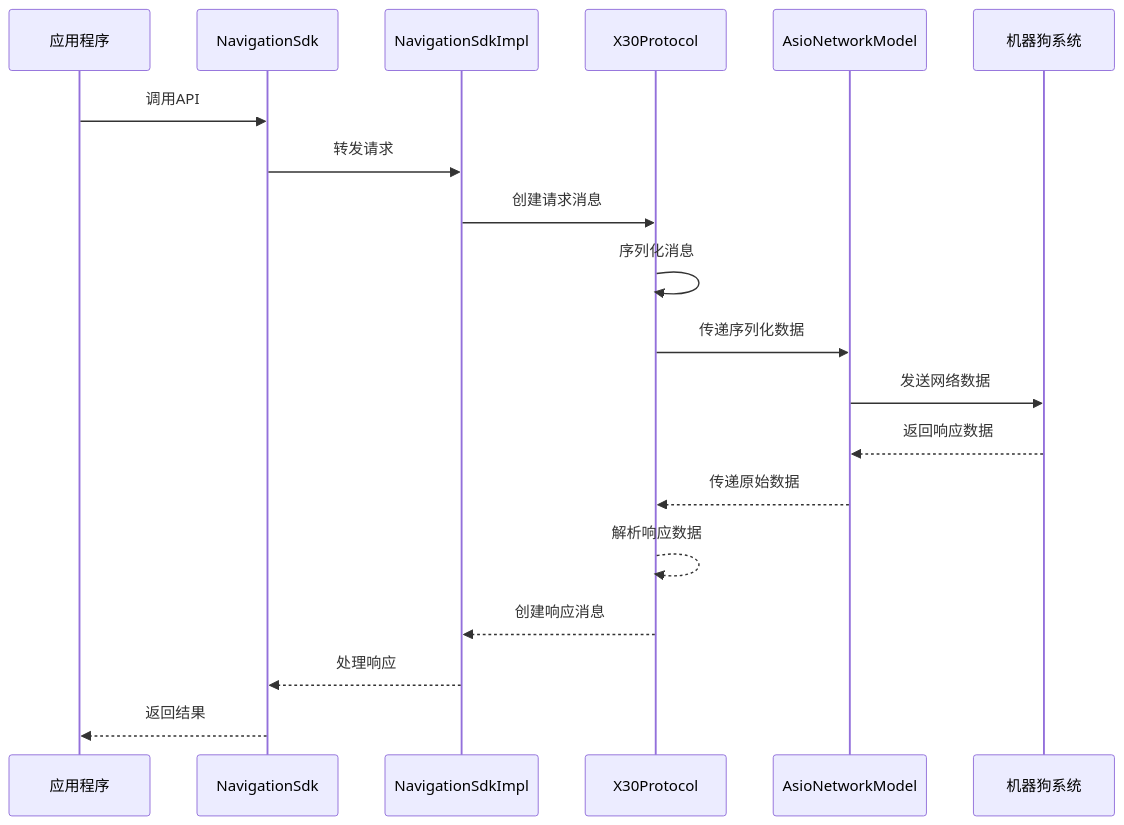
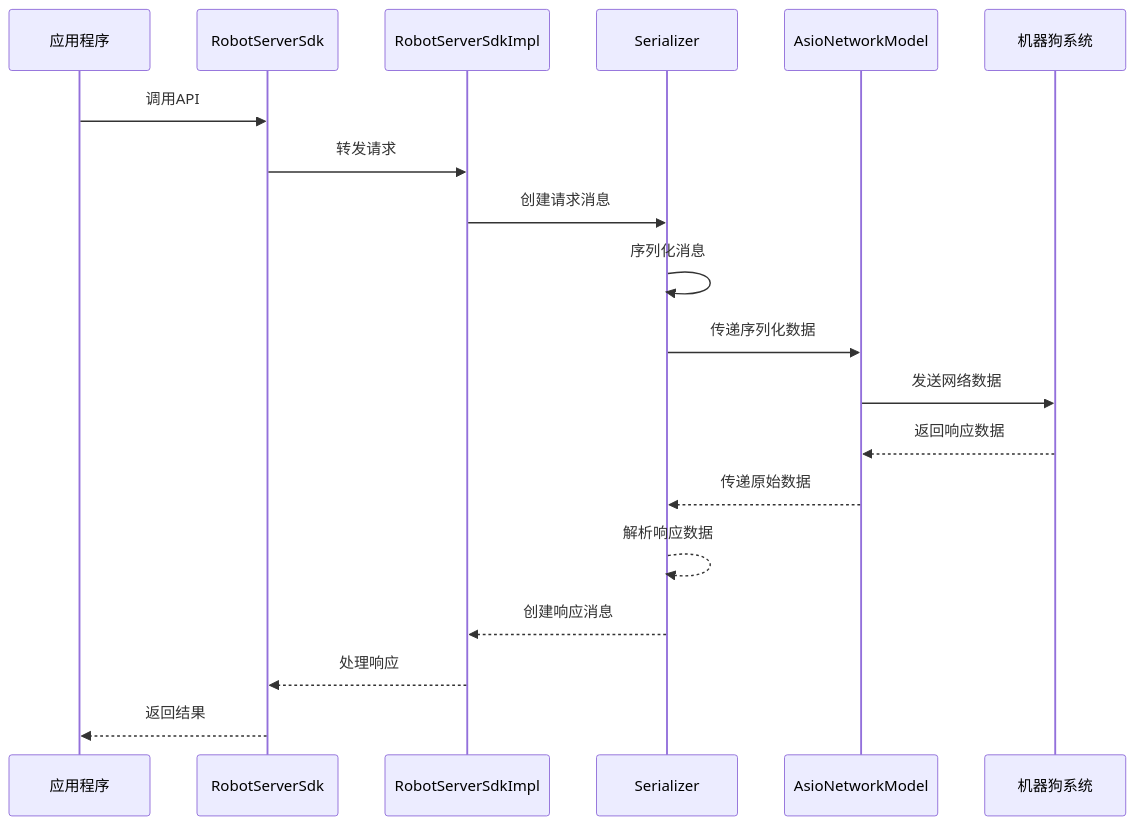
The second of 5 diagrams in docs2/architecture.md (tailu123/x30-nav-sdk), drawn with Mermaid before and after one commit. The commit also changed other lines of this file, not shown here.

Commit message:
[none] update docs2/architecture.md

````diff
--- a/docs2/architecture.md
+++ b/docs2/architecture.md
@@ -186,23 +166,23 @@
 ```mermaid
 sequenceDiagram
     participant App as 应用程序
-    participant SDK as NavigationSdk
-    participant Impl as NavigationSdkImpl
-    participant Proto as X30Protocol
+    participant SDK as RobotServerSdk
+    participant Impl as RobotServerSdkImpl
+    participant Proto as Serializer
     participant Net as AsioNetworkModel
     participant Dog as 机器狗系统
 
     App->>SDK: 调用API
     SDK->>Impl: 转发请求
     Impl->>Proto: 创建请求消息
     Proto->>Proto: 序列化消息
     Proto->>Net: 传递序列化数据
     Net->>Dog: 发送网络数据
 
     Dog-->>Net: 返回响应数据
     Net-->>Proto: 传递原始数据
     Proto-->>Proto: 解析响应数据
     Proto-->>Impl: 创建响应消息
     Impl-->>SDK: 处理响应
     SDK-->>App: 返回结果
 ```
````
